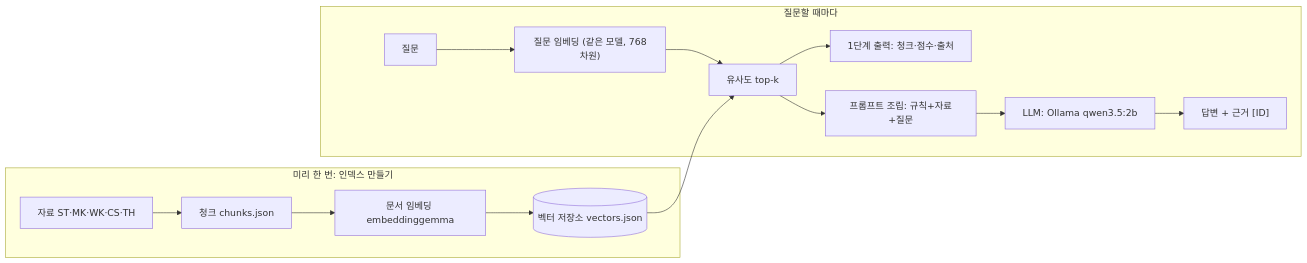
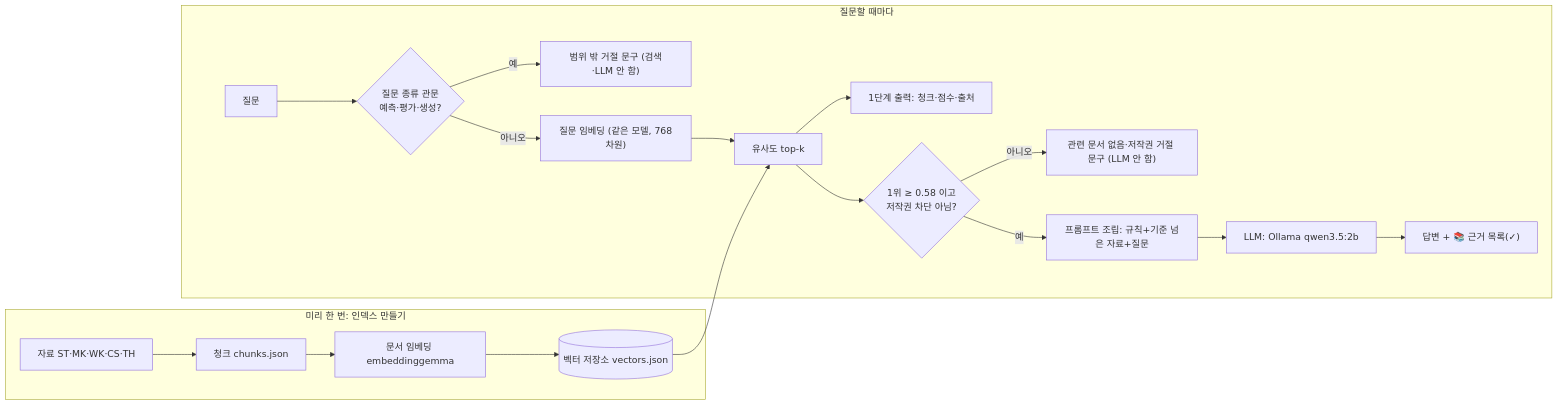
One commit to Lightnine999/ip-guide-rag changed the diagram in PRD.md. Above: the diagram before and after it, drawn with Mermaid. The commit also changed other lines of this file and 17 other files, not shown here.

````diff
--- a/PRD.md
+++ b/PRD.md
@@ -148,12 +149,16 @@
 ```mermaid
 flowchart LR
     subgraph IDX["미리 한 번: 인덱스 만들기"]
         A["자료 ST·MK·WK·CS·TH"] --> B["청크 chunks.json"] --> C["문서 임베딩 embeddinggemma"] --> D[("벡터 저장소 vectors.json")]
     end
     subgraph Q["질문할 때마다"]
-        Q1["질문"] --> Q2["질문 임베딩 (같은 모델, 768차원)"] --> Q3["유사도 top-k"]
+        Q1["질문"] --> G1{"질문 종류 관문<br/>예측·평가·생성?"}
+        G1 -- 예 --> X1["범위 밖 거절 문구 (검색·LLM 안 함)"]
+        G1 -- 아니오 --> Q2["질문 임베딩 (같은 모델, 768차원)"] --> Q3["유사도 top-k"]
         D --> Q3
         Q3 --> S1["1단계 출력: 청크·점수·출처"]
-        Q3 --> P["프롬프트 조립: 규칙+자료+질문"] --> L["LLM: Ollama qwen3.5:2b"] --> ANS["답변 + 근거 [ID]"]
+        Q3 --> G2{"1위 ≥ 0.58 이고<br/>저작권 차단 아님?"}
+        G2 -- 아니오 --> X2["관련 문서 없음·저작권 거절 문구 (LLM 안 함)"]
+        G2 -- 예 --> P["프롬프트 조립: 규칙+기준 넘은 자료+질문"] --> L["LLM: Ollama qwen3.5:2b"] --> ANS["답변 + 📚 근거 목록(✓)"]
     end
 ```
````
